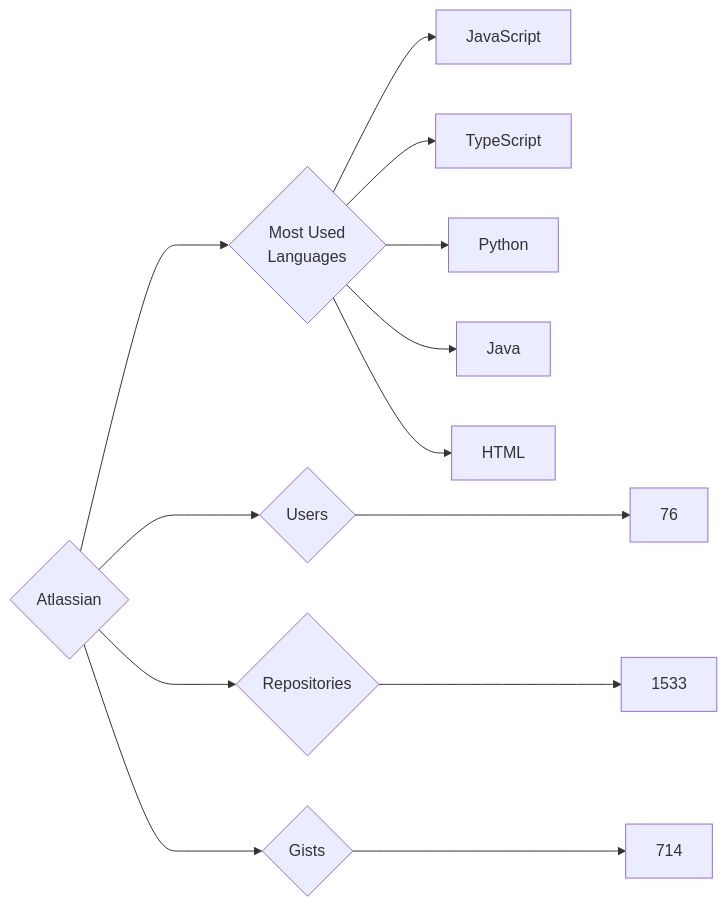
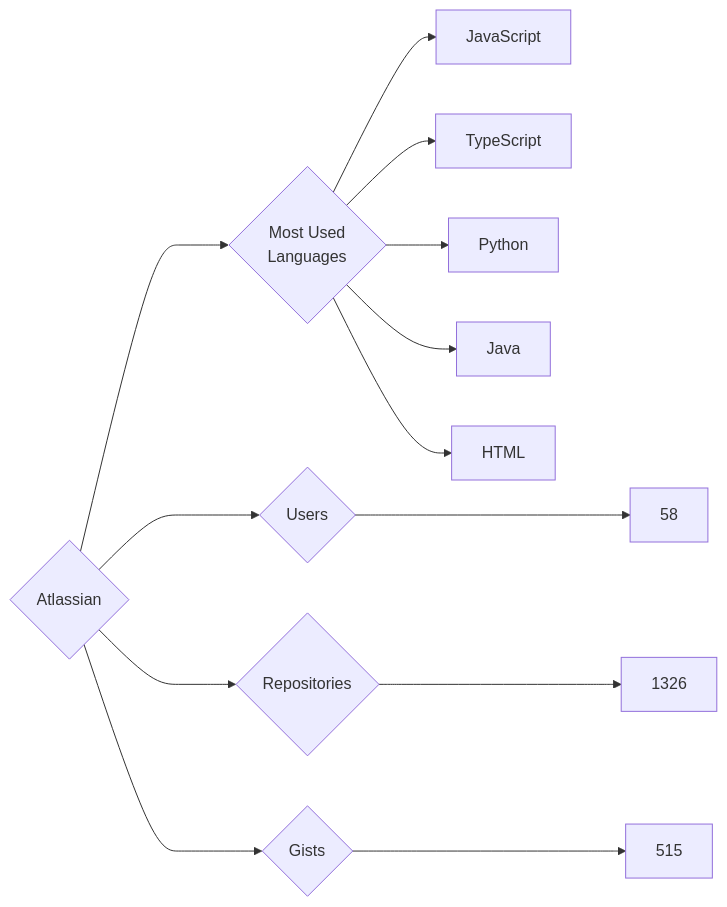
The diagram in targets/Atlassian/README.md (trickest/insiders), drawn with Mermaid before and after one commit. The commit also changed 965 other files, not shown here.

````diff
--- a/targets/Atlassian/README.md
+++ b/targets/Atlassian/README.md
@@ -3,13 +3,13 @@
 ```mermaid
 graph LR
 COMPANY_NAME{Atlassian}
-COMPANY_NAME ---> U{Users} ---> UN[76]
-COMPANY_NAME ---> R{Repositories} ---> RN[1533]
-COMPANY_NAME ---> G{Gists} ---> GN[714]
+COMPANY_NAME ---> U{Users} ---> UN[58]
+COMPANY_NAME ---> R{Repositories} ---> RN[1326]
+COMPANY_NAME ---> G{Gists} ---> GN[515]
 COMPANY_NAME ---> ML{Most Used<br>Languages}
 ML --> JavaScript[JavaScript]
 ML --> TypeScript[TypeScript]
 ML --> Python[Python]
 ML --> Java[Java]
 ML --> HTML[HTML]
 ```
````
